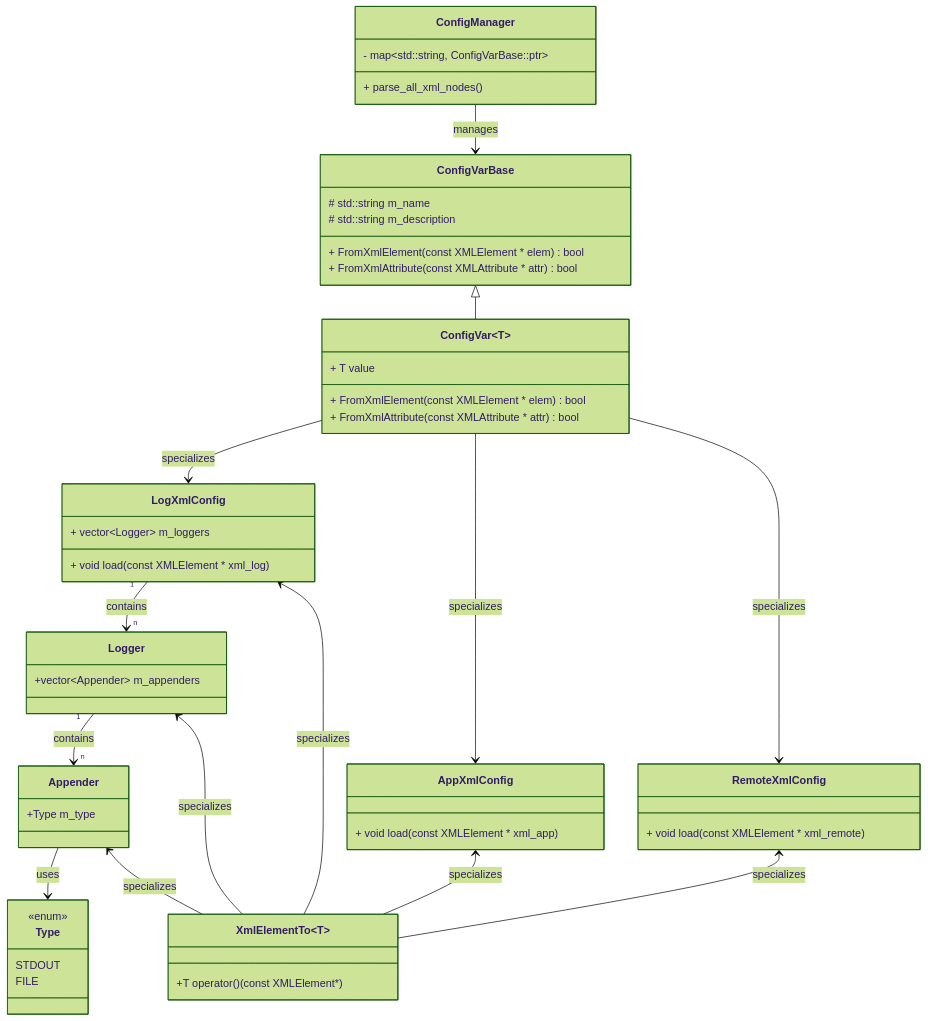
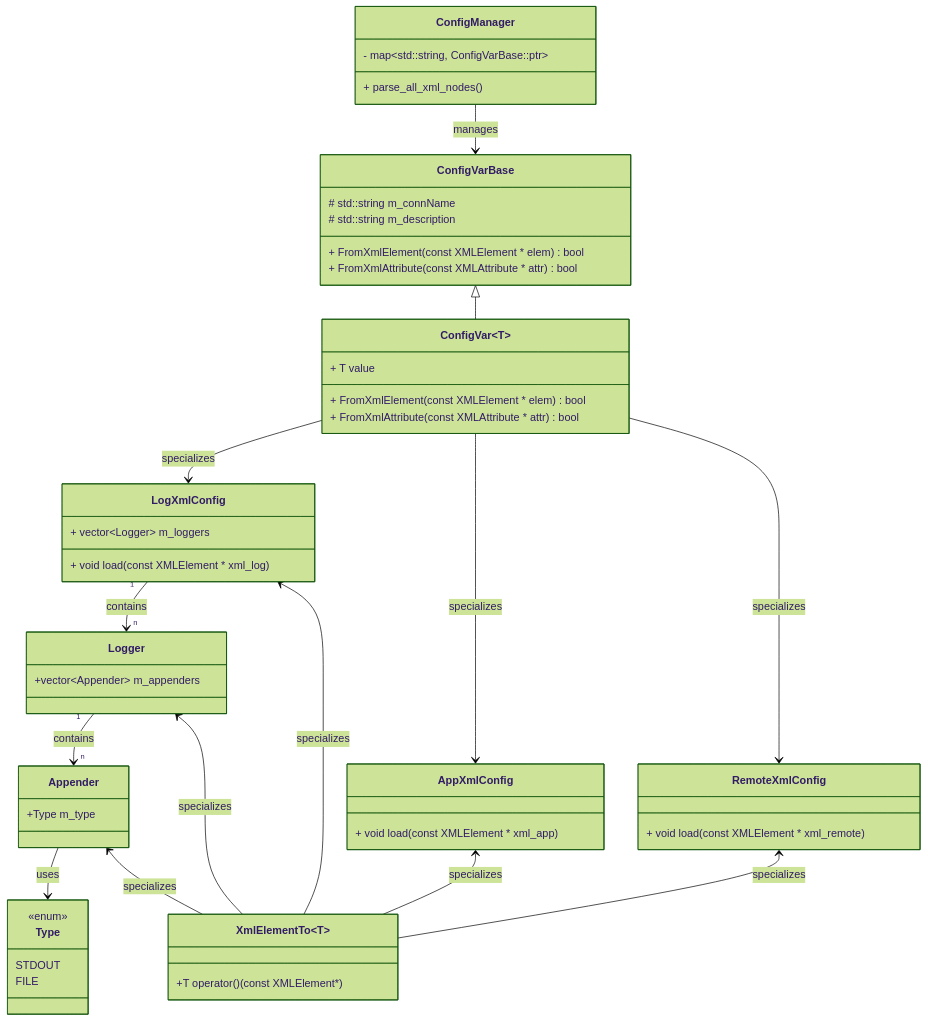
The first of 2 diagrams in base/config/md/config.md (MYMarcoreus/GameServer), drawn with Mermaid (forest theme) before and after one commit. The commit also changed 70 other files, not shown here.

````diff
--- a/base/config/md/config.md
+++ b/base/config/md/config.md
@@ -88,75 +88,75 @@
 ```mermaid
 classDiagram
     direction TB
 
     class LogXmlConfig {
         + vector~Logger~ m_loggers
         + void load(const XMLElement * xml_log)
     }
 
     class Logger {
         +vector~Appender~ m_appenders
     }
 
     class Appender {
         +Type m_type
     }
 
     class Type {
         <<enum>>
         STDOUT
         FILE
     }
     
     class AppXmlConfig {
         + void load(const XMLElement * xml_app)    
     }
     
     class RemoteXmlConfig {
         + void load(const XMLElement * xml_remote)
     }
 
     class ConfigManager {
         - map~std::string, ConfigVarBase::ptr~
         + parse_all_xml_nodes()
     }
 
     class ConfigVarBase {
     	+ FromXmlElement(const XMLElement * elem) bool
     	+ FromXmlAttribute(const XMLAttribute * attr) bool
     	
-        # std::string m_name
+        # std::string m_connName
         # std::string m_description
     }
 
     class ConfigVar~T~ {
         + T value
         
         + FromXmlElement(const XMLElement * elem) bool
     	+ FromXmlAttribute(const XMLAttribute * attr) bool
     }
 
     
 
     ConfigVarBase <|-- ConfigVar~T~
 
     class XmlElementTo~T~ {
         +T operator()(const XMLElement*)
     }
 
 
     ConfigManager --> ConfigVarBase : manages
     ConfigVar --> LogXmlConfig : specializes
     ConfigVar --> AppXmlConfig : specializes
     ConfigVar --> RemoteXmlConfig : specializes
     
     LogXmlConfig "1" --> "n" Logger : contains
     Logger "1" --> "n" Appender : contains
     Appender --> Type : uses
     
     LogXmlConfig <-- XmlElementTo : specializes
     Logger       <-- XmlElementTo : specializes
     Appender     <-- XmlElementTo : specializes
     AppXmlConfig     <-- XmlElementTo : specializes
     RemoteXmlConfig     <-- XmlElementTo : specializes
 ```
````
